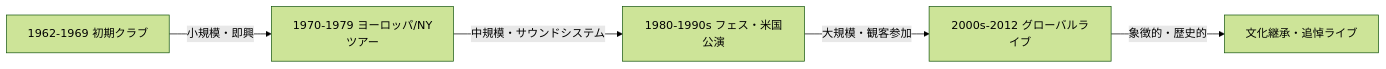
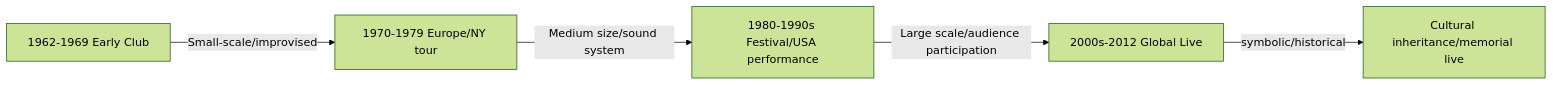
The diagram in en/_posts/2025-11-14-column-toots-and-the-maytals-live-history.md (monumental-movement/monumental-movement.github.io), drawn with Mermaid (forest theme) before and after one commit. The commit also changed 152 other files, not shown here.

```diff
--- a/en/_posts/2025-11-14-column-toots-and-the-maytals-live-history.md
+++ b/en/_posts/2025-11-14-column-toots-and-the-maytals-live-history.md
@@ -201,9 +201,9 @@
 <div class="mermaid">
 
 graph LR
-A[1962-1969 初期クラブ] -->|小規模・即興| B[1970-1979 ヨーロッパ/NYツアー]
-B -->|中規模・サウンドシステム| C[1980-1990s フェス・米国公演]
-C -->|大規模・観客参加| D[2000s-2012 グローバルライブ]
-D -->|象徴的・歴史的| E[文化継承・追悼ライブ]
+A[1962-1969 Early Club] -->|Small-scale/improvised| B[1970-1979 Europe/NY tour]
+B -->|Medium size/sound system| C[1980-1990s Festival/USA performance]
+C -->|Large scale/audience participation| D[2000s-2012 Global Live]
+D -->|symbolic/historical| E[Cultural inheritance/memorial live]
 
 </div>
```
